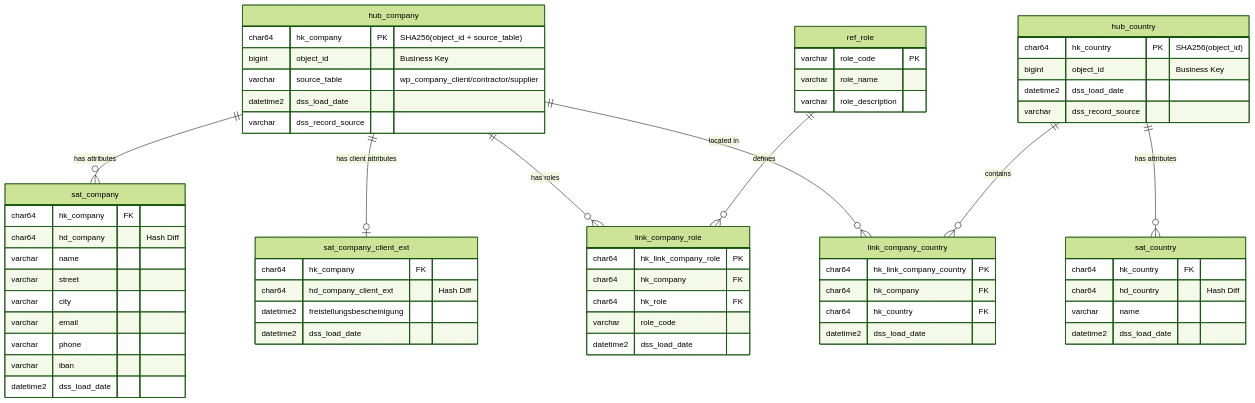
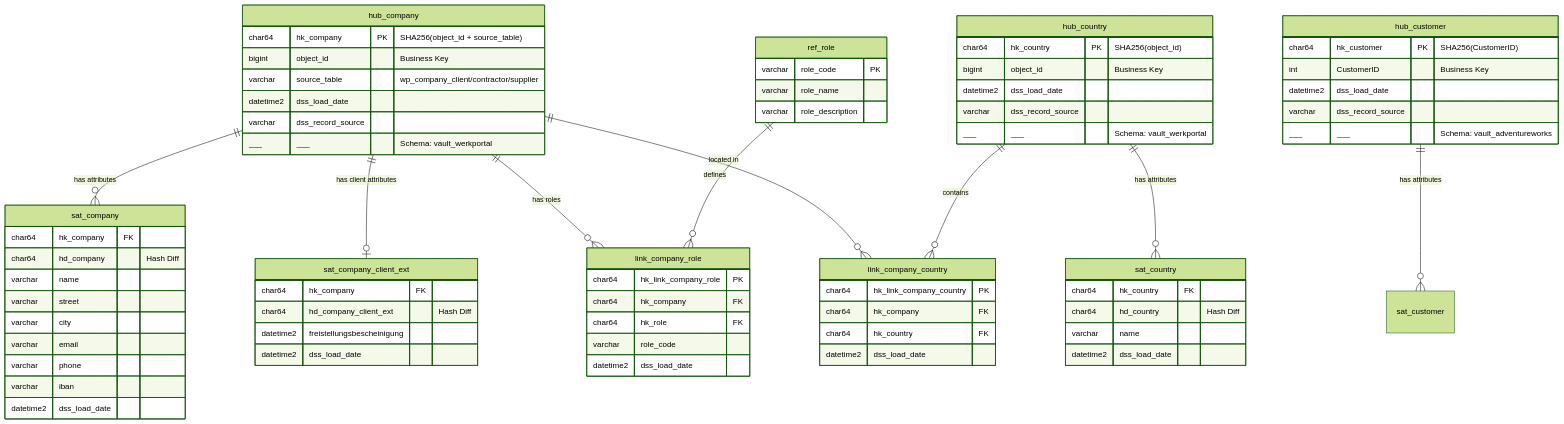
The second of 3 diagrams in docs/MODEL_ARCHITECTURE.md (fellnerd/datavault-dbt), drawn with Mermaid (forest theme) before and after one commit. The commit also changed other lines of this file and 41 other files, not shown here.

First line of the commit message:
Add Raw Vault design and implementation for Werkportal

````diff
--- a/docs/MODEL_ARCHITECTURE.md
+++ b/docs/MODEL_ARCHITECTURE.md
@@ -70,5 +86,6 @@
 ```mermaid
 erDiagram
+    %% Werkportal Entities
     hub_company ||--o{ sat_company : "has attributes"
     hub_company ||--o| sat_company_client_ext : "has client attributes"
     hub_company ||--o{ link_company_role : "has roles"
@@ -79,12 +96,16 @@
     
     ref_role ||--o{ link_company_role : "defines"
 
+    %% AdventureWorks Entities
+    hub_customer ||--o{ sat_customer : "has attributes"
+
     hub_company {
         char64 hk_company PK "SHA256(object_id + source_table)"
         bigint object_id "Business Key"
         varchar source_table "wp_company_client/contractor/supplier"
         datetime2 dss_load_date
         varchar dss_record_source
+        ___ ___ "Schema: vault_werkportal"
     }
 
     hub_country {
@@ -92,6 +113,15 @@
         bigint object_id "Business Key"
         datetime2 dss_load_date
         varchar dss_record_source
+        ___ ___ "Schema: vault_werkportal"
+    }
+
+    hub_customer {
+        char64 hk_customer PK "SHA256(CustomerID)"
+        int CustomerID "Business Key"
+        datetime2 dss_load_date
+        varchar dss_record_source
+        ___ ___ "Schema: vault_adventureworks"
     }
 
     sat_company {
````
